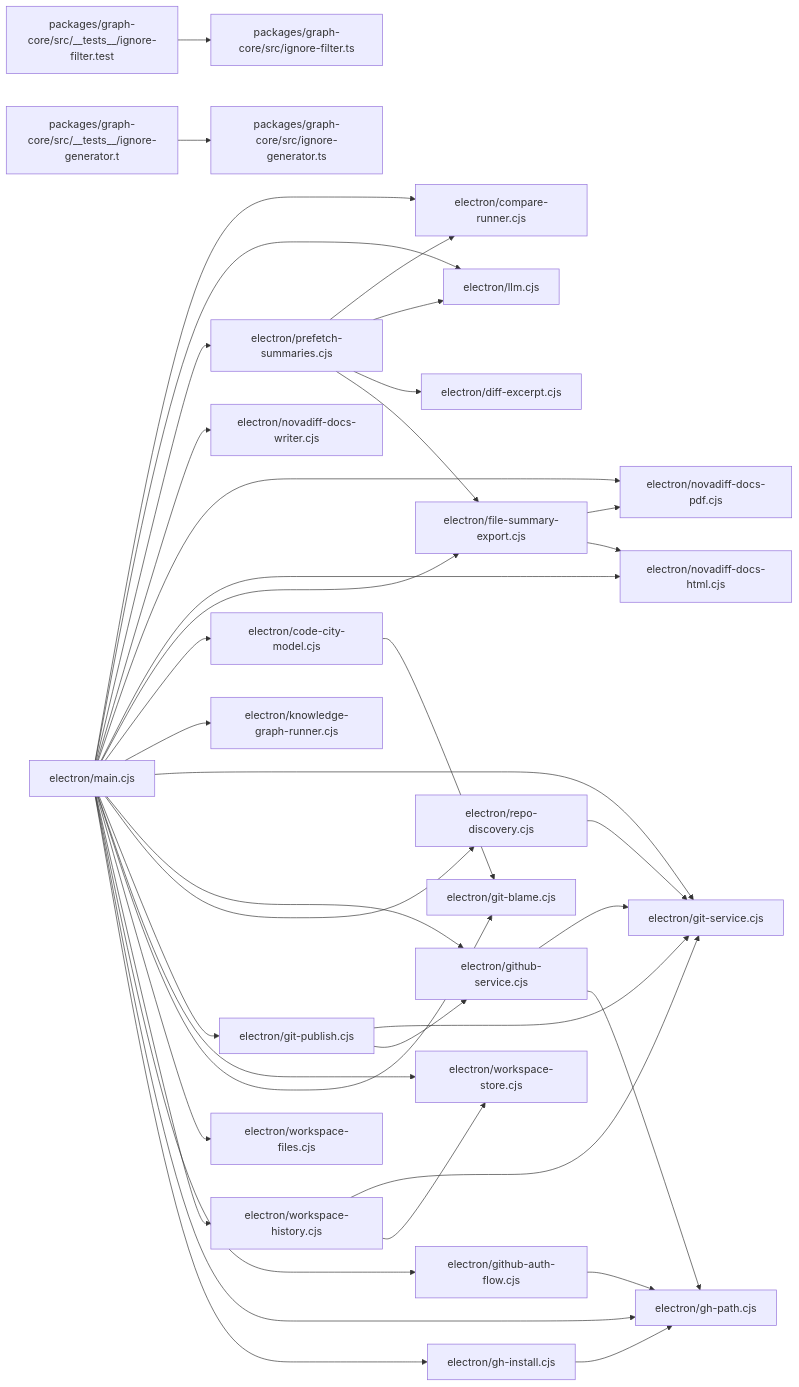
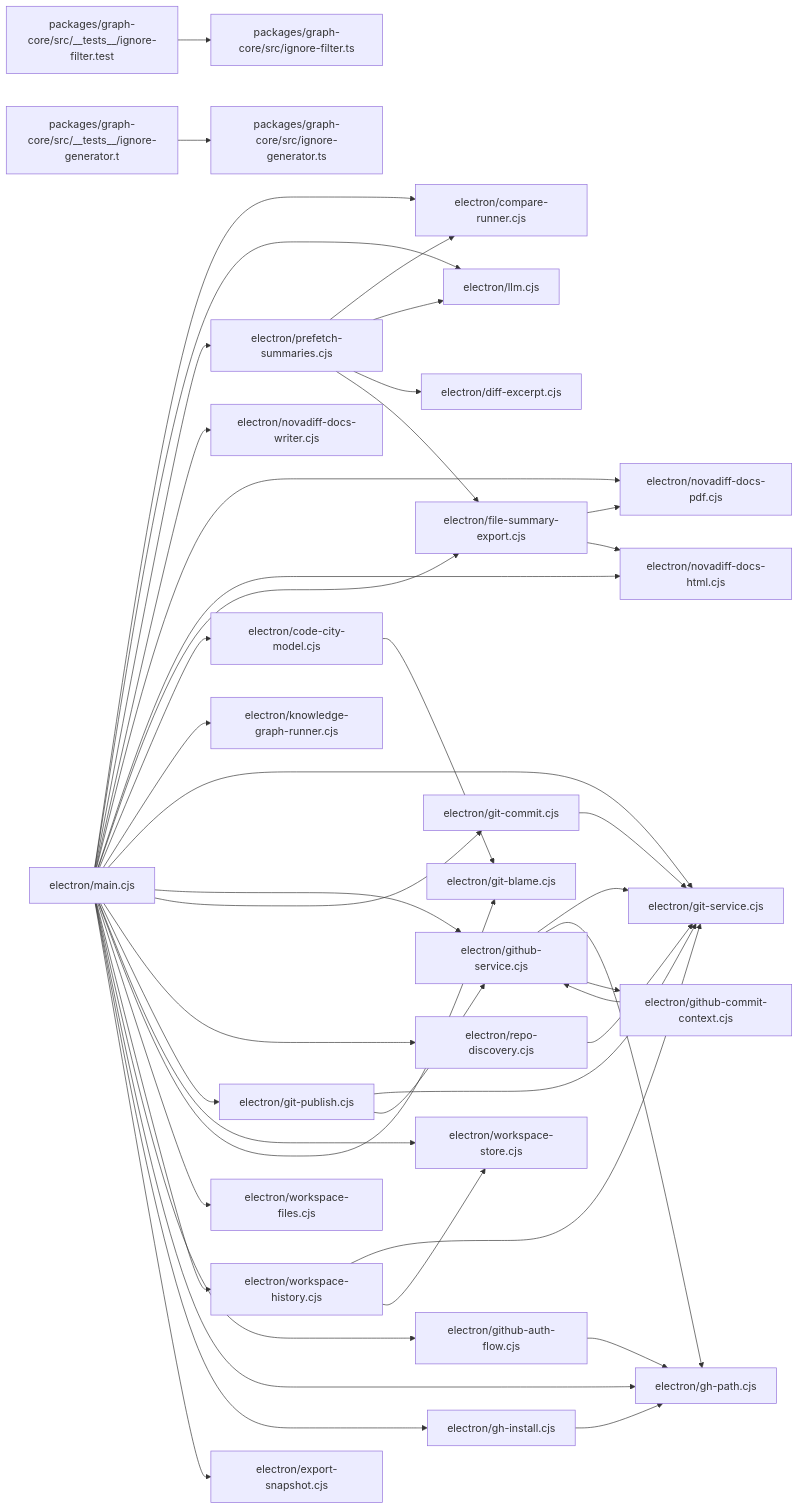
Before and after one commit to anomaloushuman/NovaDiff: the diagram in novadiff-docs/codebase-baseline/diagrams/module-imports.mmd, drawn with Mermaid. The commit also changed 493 other files, not shown here.

First line of the commit message:
refactor(src): full project rebuild with new architecture

```diff
--- a/novadiff-docs/codebase-baseline/diagrams/module-imports.mmd
+++ b/novadiff-docs/codebase-baseline/diagrams/module-imports.mmd
@@ -1,39 +1,44 @@
 flowchart LR
   electron_code_city_model_cjs["electron/code-city-model.cjs"] --> electron_git_blame_cjs["electron/git-blame.cjs"]
   electron_file_summary_export_cjs["electron/file-summary-export.cjs"] --> electron_novadiff_docs_pdf_cjs["electron/novadiff-docs-pdf.cjs"]
   electron_file_summary_export_cjs["electron/file-summary-export.cjs"] --> electron_novadiff_docs_html_cjs["electron/novadiff-docs-html.cjs"]
   electron_gh_install_cjs["electron/gh-install.cjs"] --> electron_gh_path_cjs["electron/gh-path.cjs"]
+  electron_git_commit_cjs["electron/git-commit.cjs"] --> electron_git_service_cjs["electron/git-service.cjs"]
   electron_git_publish_cjs["electron/git-publish.cjs"] --> electron_git_service_cjs["electron/git-service.cjs"]
   electron_git_publish_cjs["electron/git-publish.cjs"] --> electron_github_service_cjs["electron/github-service.cjs"]
   electron_github_auth_flow_cjs["electron/github-auth-flow.cjs"] --> electron_gh_path_cjs["electron/gh-path.cjs"]
+  electron_github_commit_context_cjs["electron/github-commit-context.cjs"] --> electron_github_service_cjs["electron/github-service.cjs"]
   electron_github_service_cjs["electron/github-service.cjs"] --> electron_git_service_cjs["electron/git-service.cjs"]
   electron_github_service_cjs["electron/github-service.cjs"] --> electron_gh_path_cjs["electron/gh-path.cjs"]
+  electron_github_service_cjs["electron/github-service.cjs"] --> electron_github_commit_context_cjs["electron/github-commit-context.cjs"]
   electron_main_cjs["electron/main.cjs"] --> electron_compare_runner_cjs["electron/compare-runner.cjs"]
   electron_main_cjs["electron/main.cjs"] --> electron_llm_cjs["electron/llm.cjs"]
   electron_main_cjs["electron/main.cjs"] --> electron_prefetch_summaries_cjs["electron/prefetch-summaries.cjs"]
   electron_main_cjs["electron/main.cjs"] --> electron_novadiff_docs_writer_cjs["electron/novadiff-docs-writer.cjs"]
   electron_main_cjs["electron/main.cjs"] --> electron_novadiff_docs_pdf_cjs["electron/novadiff-docs-pdf.cjs"]
   electron_main_cjs["electron/main.cjs"] --> electron_novadiff_docs_html_cjs["electron/novadiff-docs-html.cjs"]
   electron_main_cjs["electron/main.cjs"] --> electron_file_summary_export_cjs["electron/file-summary-export.cjs"]
   electron_main_cjs["electron/main.cjs"] --> electron_code_city_model_cjs["electron/code-city-model.cjs"]
   electron_main_cjs["electron/main.cjs"] --> electron_knowledge_graph_runner_cjs["electron/knowledge-graph-runner.cjs"]
   electron_main_cjs["electron/main.cjs"] --> electron_git_service_cjs["electron/git-service.cjs"]
   electron_main_cjs["electron/main.cjs"] --> electron_github_service_cjs["electron/github-service.cjs"]
+  electron_main_cjs["electron/main.cjs"] --> electron_git_commit_cjs["electron/git-commit.cjs"]
   electron_main_cjs["electron/main.cjs"] --> electron_repo_discovery_cjs["electron/repo-discovery.cjs"]
   electron_main_cjs["electron/main.cjs"] --> electron_git_publish_cjs["electron/git-publish.cjs"]
   electron_main_cjs["electron/main.cjs"] --> electron_workspace_store_cjs["electron/workspace-store.cjs"]
   electron_main_cjs["electron/main.cjs"] --> electron_git_blame_cjs["electron/git-blame.cjs"]
   electron_main_cjs["electron/main.cjs"] --> electron_workspace_files_cjs["electron/workspace-files.cjs"]
   electron_main_cjs["electron/main.cjs"] --> electron_workspace_history_cjs["electron/workspace-history.cjs"]
   electron_main_cjs["electron/main.cjs"] --> electron_github_auth_flow_cjs["electron/github-auth-flow.cjs"]
   electron_main_cjs["electron/main.cjs"] --> electron_gh_path_cjs["electron/gh-path.cjs"]
   electron_main_cjs["electron/main.cjs"] --> electron_gh_install_cjs["electron/gh-install.cjs"]
+  electron_main_cjs["electron/main.cjs"] --> electron_export_snapshot_cjs["electron/export-snapshot.cjs"]
   electron_prefetch_summaries_cjs["electron/prefetch-summaries.cjs"] --> electron_compare_runner_cjs["electron/compare-runner.cjs"]
   electron_prefetch_summaries_cjs["electron/prefetch-summaries.cjs"] --> electron_llm_cjs["electron/llm.cjs"]
   electron_prefetch_summaries_cjs["electron/prefetch-summaries.cjs"] --> electron_diff_excerpt_cjs["electron/diff-excerpt.cjs"]
   electron_prefetch_summaries_cjs["electron/prefetch-summaries.cjs"] --> electron_file_summary_export_cjs["electron/file-summary-export.cjs"]
   electron_repo_discovery_cjs["electron/repo-discovery.cjs"] --> electron_git_service_cjs["electron/git-service.cjs"]
   electron_workspace_history_cjs["electron/workspace-history.cjs"] --> electron_git_service_cjs["electron/git-service.cjs"]
   electron_workspace_history_cjs["electron/workspace-history.cjs"] --> electron_workspace_store_cjs["electron/workspace-store.cjs"]
   packages_graph_core_src___tests___ignore_filter_test_ts["packages/graph-core/src/__tests__/ignore-filter.test"] --> packages_graph_core_src_ignore_filter_ts["packages/graph-core/src/ignore-filter.ts"]
   packages_graph_core_src___tests___ignore_generator_test_ts["packages/graph-core/src/__tests__/ignore-generator.t"] --> packages_graph_core_src_ignore_generator_ts["packages/graph-core/src/ignore-generator.ts"]
```
